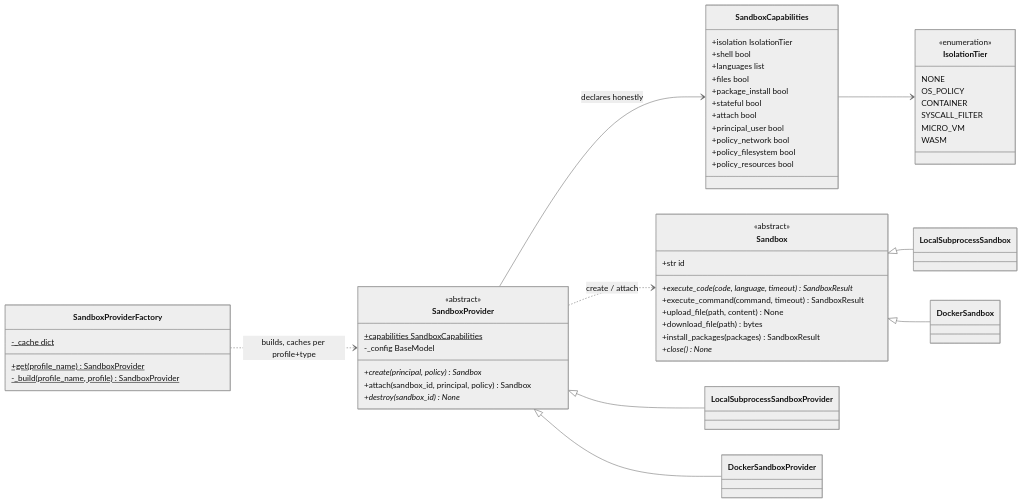
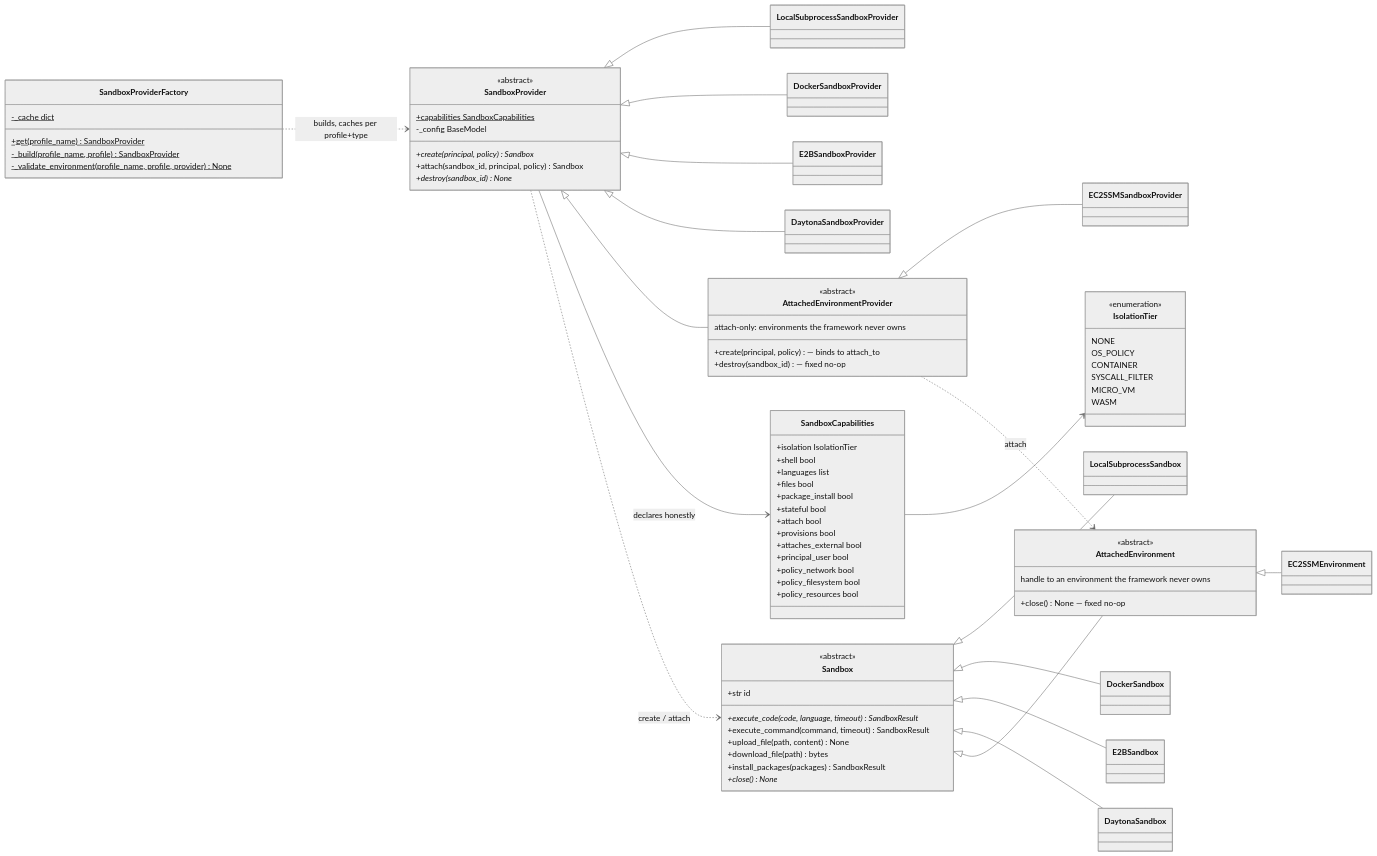
The second of 9 diagrams in docs/docs/architecture/sandbox-internals.md (yaalalabs/agent-kernel), drawn with Mermaid (neutral theme) before and after one commit. The commit also changed other lines of this file and 27 other files, not shown here.

````diff
--- a/docs/docs/architecture/sandbox-internals.md
+++ b/docs/docs/architecture/sandbox-internals.md
@@ -81,6 +81,17 @@
         +attach(sandbox_id, principal, policy) Sandbox
         +destroy(sandbox_id)* None
     }
+    class AttachedEnvironment {
+        <<abstract>>
+        handle to an environment the framework never owns
+        +close() None — fixed no-op
+    }
+    class AttachedEnvironmentProvider {
+        <<abstract>>
+        attach-only: environments the framework never owns
+        +create(principal, policy) — binds to attach_to
+        +destroy(sandbox_id) — fixed no-op
+    }
     class SandboxCapabilities {
         +isolation IsolationTier
         +shell bool
@@ -89,6 +100,8 @@
         +package_install bool
         +stateful bool
         +attach bool
+        +provisions bool
+        +attaches_external bool
         +principal_user bool
         +policy_network bool
         +policy_filesystem bool
@@ -105,20 +118,36 @@
     }
     class LocalSubprocessSandbox
     class DockerSandbox
+    class E2BSandbox
+    class DaytonaSandbox
+    class EC2SSMEnvironment
     class LocalSubprocessSandboxProvider
     class DockerSandboxProvider
+    class E2BSandboxProvider
+    class DaytonaSandboxProvider
+    class EC2SSMSandboxProvider
     class SandboxProviderFactory {
         -_cache dict$
         +get(profile_name)$ SandboxProvider
         -_build(profile_name, profile)$ SandboxProvider
+        -_validate_environment(profile_name, profile, provider)$ None
     }
 
     Sandbox <|-- LocalSubprocessSandbox
     Sandbox <|-- DockerSandbox
+    Sandbox <|-- E2BSandbox
+    Sandbox <|-- DaytonaSandbox
+    Sandbox <|-- AttachedEnvironment
+    AttachedEnvironment <|-- EC2SSMEnvironment
     SandboxProvider <|-- LocalSubprocessSandboxProvider
     SandboxProvider <|-- DockerSandboxProvider
+    SandboxProvider <|-- E2BSandboxProvider
+    SandboxProvider <|-- DaytonaSandboxProvider
+    SandboxProvider <|-- AttachedEnvironmentProvider
+    AttachedEnvironmentProvider <|-- EC2SSMSandboxProvider
     SandboxProvider --> SandboxCapabilities : declares honestly
     SandboxCapabilities --> IsolationTier
     SandboxProvider ..> Sandbox : create / attach
+    AttachedEnvironmentProvider ..> AttachedEnvironment : attach
     SandboxProviderFactory ..> SandboxProvider : builds, caches per profile+type
 ```
````
